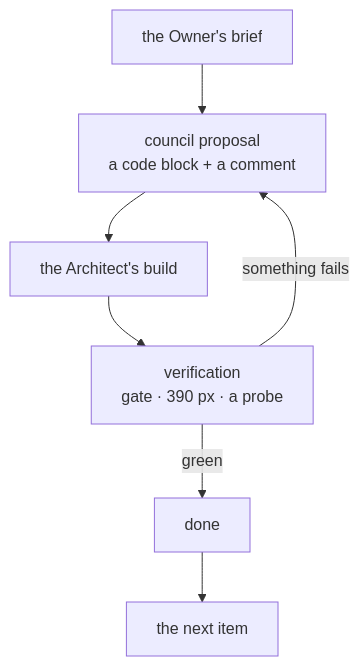
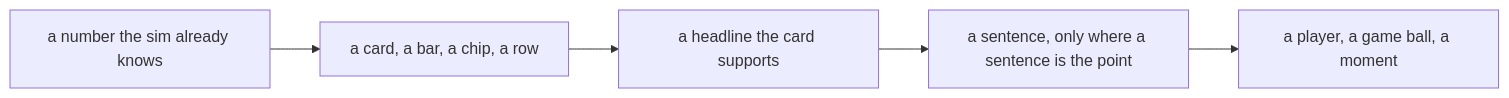
One commit to kozikosi/Football-Sim changed the fourth of 4 diagrams in _agents/minimax/notes/V22-Suggestions.md. Above: the diagram before and after it, drawn with Mermaid. The commit also changed other lines of this file and 1 other file, not shown here.

First line of the commit message:
docs: the version inventory and the Owner's brief re-broadcast as executable items

````diff
--- a/_agents/minimax/notes/V22-Suggestions.md
+++ b/_agents/minimax/notes/V22-Suggestions.md
@@ -1011,9 +965,7 @@
 ```mermaid
-flowchart TD
-  P["the Owner's brief"] --> C["council proposal<br/>a code block + a comment"]
-  C --> B["the Architect's build"]
-  B --> V["verification<br/>gate · 390 px · a probe"]
-  V -->|something fails| C
-  V -->|green| D["done"]
-  D --> N["the next item"]
+flowchart LR
+  N["a number the sim already knows"] --> C["a card, a bar, a chip, a row"]
+  C --> H["a headline the card supports"]
+  H --> S["a sentence, only where a sentence is the point"]
+  S --> A["a player, a game ball, a moment"]
 ```
````
